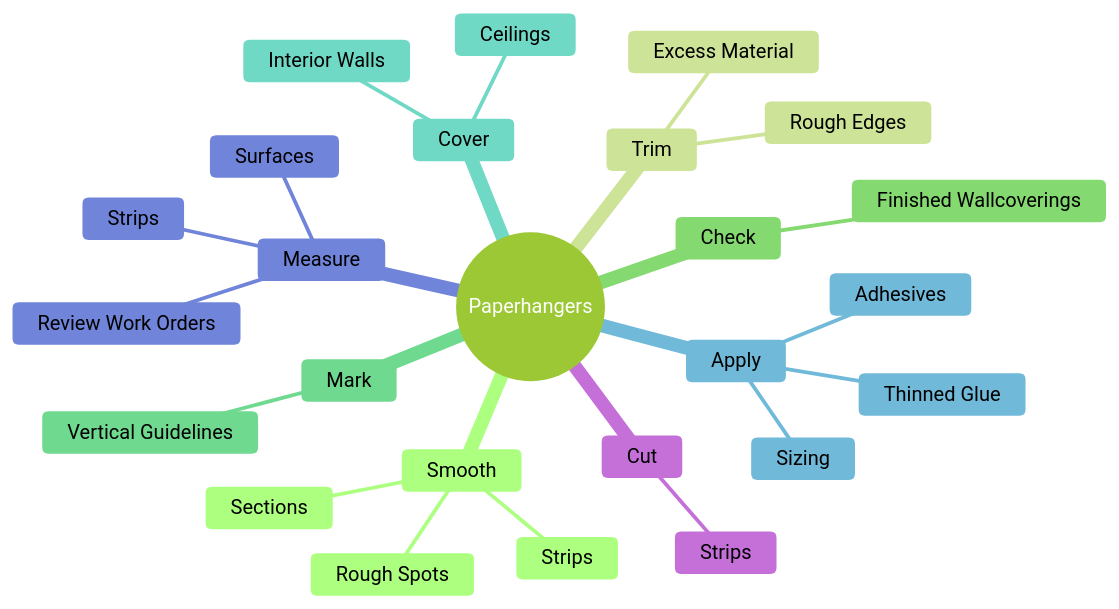
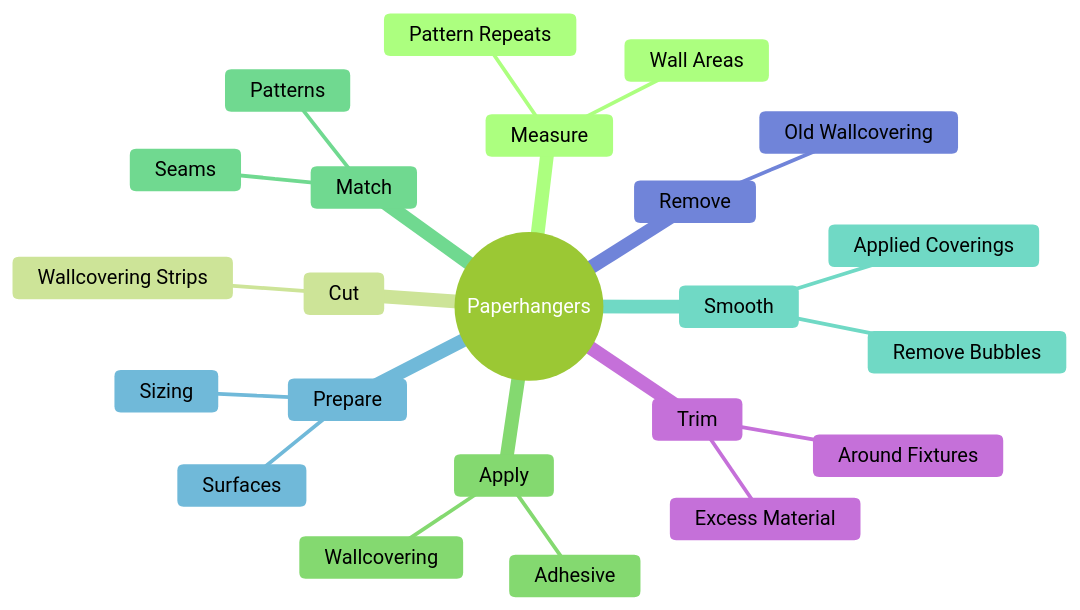
One commit to kziemski/business.org.ai changed the second of 4 diagrams in occupations/Construction/Paperhangers.mdx. Above: the diagram before and after it, drawn with Mermaid (forest theme). The commit also changed other lines of this file and 938 other files, not shown here.

````diff
--- a/occupations/Construction/Paperhangers.mdx
+++ b/occupations/Construction/Paperhangers.mdx
@@ -37,28 +48,26 @@
 ```mermaid
 mindmap
     root(("Paperhangers"))
+        Measure
+            Wall Areas
+            Pattern Repeats
+        Cut
+            Wallcovering Strips
+        Apply
+            Adhesive
+            Wallcovering
+        Match
+            Patterns
+            Seams
         Smooth
-            Strips
-            Sections
-            Rough Spots
+            Applied Coverings
+            Remove Bubbles
+        Prepare
+            Surfaces
+            Sizing
+        Remove
+            Old Wallcovering
         Trim
-            Rough Edges
             Excess Material
-        Check
-            Finished Wallcoverings
-        Mark
-            Vertical Guidelines
-        Cover
-            Interior Walls
-            Ceilings
-        Apply
-            Adhesives
-            Sizing
-            Thinned Glue
-        Measure
-            Strips
-            Surfaces
-            Review Work Orders
-        Cut
-            Strips
+            Around Fixtures
 ```
````
